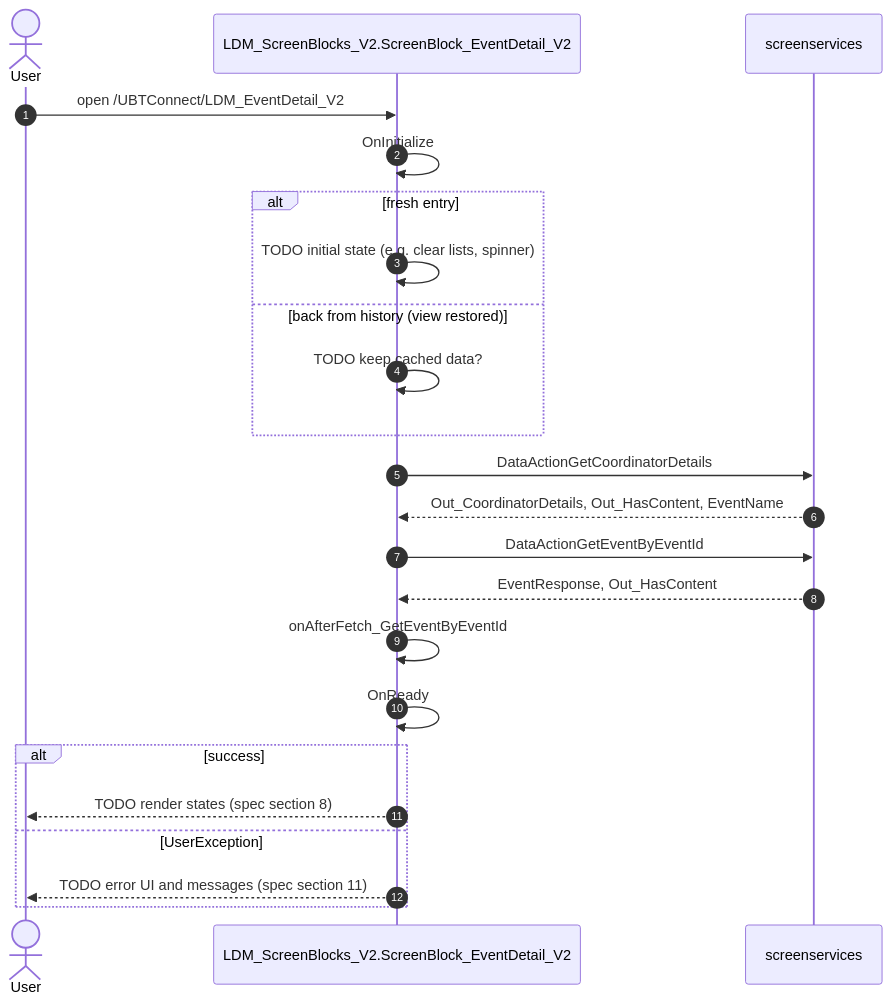
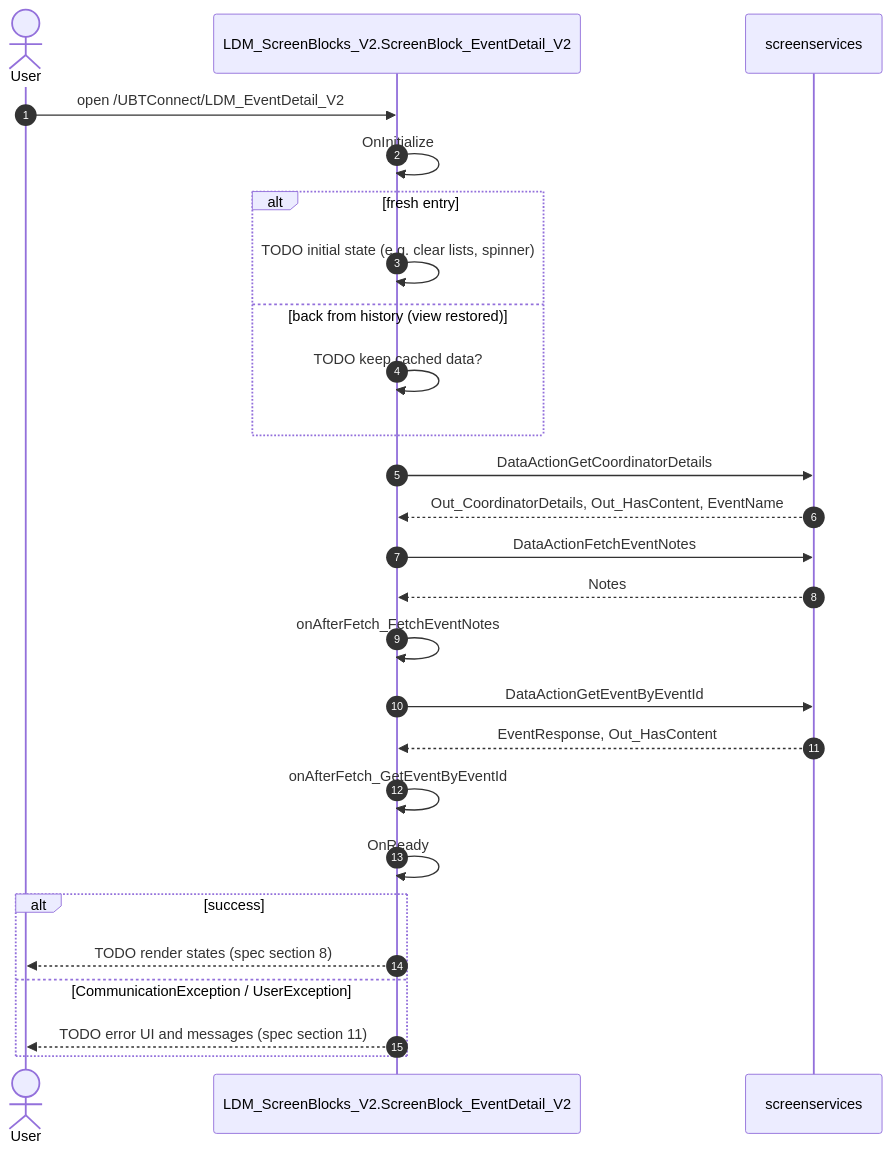
Before and after one commit to Phoenix-DX/connect-new-ui: the second of 2 diagrams in migration/screens/LDM_EventDetail_V2/analysis/diagrams.md, drawn with Mermaid. The commit also changed other lines of this file and 1877 other files, not shown here.

````diff
--- a/migration/screens/LDM_EventDetail_V2/analysis/diagrams.md
+++ b/migration/screens/LDM_EventDetail_V2/analysis/diagrams.md
@@ -49,26 +55,29 @@
 ```mermaid
 %% DRAFT generated by analyze_capture.py. Fill every TODO from the handlers in sources/pretty.
 sequenceDiagram
   autonumber
   actor U as User
   participant S as LDM_ScreenBlocks_V2.ScreenBlock_EventDetail_V2
   participant API as screenservices
   U->>S: open /UBTConnect/LDM_EventDetail_V2
   S->>S: OnInitialize
   alt fresh entry
     S->>S: TODO initial state (e.g. clear lists, spinner)
   else back from history (view restored)
     S->>S: TODO keep cached data?
   end
   S->>API: DataActionGetCoordinatorDetails
   API-->>S: Out_CoordinatorDetails, Out_HasContent, EventName
+  S->>API: DataActionFetchEventNotes
+  API-->>S: Notes
+  S->>S: onAfterFetch_FetchEventNotes
   S->>API: DataActionGetEventByEventId
   API-->>S: EventResponse, Out_HasContent
   S->>S: onAfterFetch_GetEventByEventId
   S->>S: OnReady
   alt success
     S-->>U: TODO render states (spec section 8)
-  else UserException
+  else CommunicationException / UserException
     S-->>U: TODO error UI and messages (spec section 11)
   end
 ```
````
